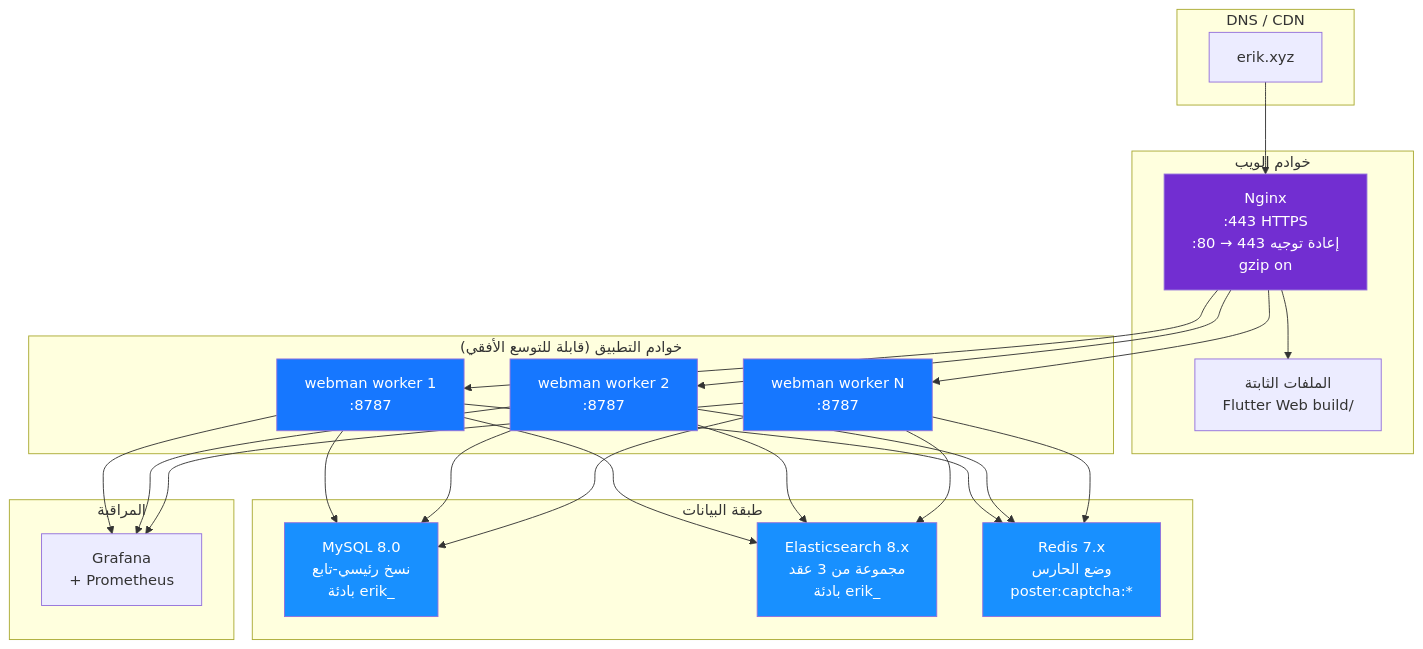
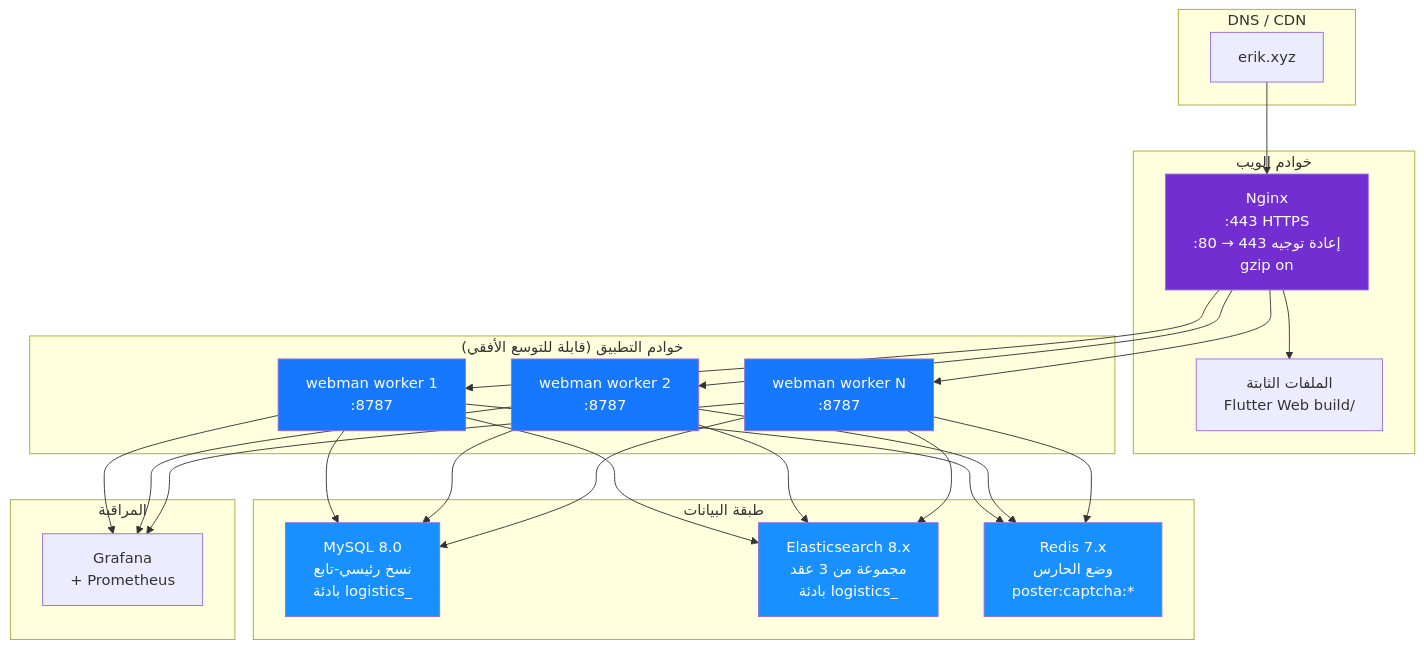
Diagram 14 of 14 in admin/docs/ARCHITECTURE.ar.md (erikwang2013/integrated-global-logistics), drawn with Mermaid before and after one commit. The commit also changed other lines of this file and 211 other files, not shown here.

````diff
--- a/admin/docs/ARCHITECTURE.ar.md
+++ b/admin/docs/ARCHITECTURE.ar.md
@@ -652,43 +652,43 @@
 ```mermaid
 flowchart TB
     subgraph "DNS / CDN"
         DNS["erik.xyz"]
     end
 
     subgraph "خوادم الويب"
         NGX["Nginx<br/>:443 HTTPS<br/>:80 → 443 إعادة توجيه<br/>gzip on"]
         STA["الملفات الثابتة<br/>Flutter Web build/"]
     end
 
     subgraph "خوادم التطبيق (قابلة للتوسع الأفقي)"
         WM1["webman worker 1<br/>:8787"]
         WM2["webman worker 2<br/>:8787"]
         WM3["webman worker N<br/>:8787"]
     end
 
     subgraph "طبقة البيانات"
-        MYSQL["MySQL 8.0<br/>نسخ رئيسي-تابع<br/>بادئة erik_"]
-        ES["Elasticsearch 8.x<br/>مجموعة من 3 عقد<br/>بادئة erik_"]
+        MYSQL["MySQL 8.0<br/>نسخ رئيسي-تابع<br/>بادئة logistics_"]
+        ES["Elasticsearch 8.x<br/>مجموعة من 3 عقد<br/>بادئة logistics_"]
         REDIS["Redis 7.x<br/>وضع الحارس<br/>poster:captcha:*"]
     end
 
     subgraph "المراقبة"
         MON["Grafana<br/>+ Prometheus"]
     end
 
     DNS --> NGX
     NGX --> STA
     NGX --> WM1 & WM2 & WM3
     WM1 & WM2 & WM3 --> MYSQL
     WM1 & WM2 & WM3 --> ES
     WM1 & WM2 & WM3 --> REDIS
     WM1 & WM2 & WM3 --> MON
 
     style NGX fill:#722ED1,color:#fff
     style WM1 fill:#1677FF,color:#fff
     style WM2 fill:#1677FF,color:#fff
     style WM3 fill:#1677FF,color:#fff
     style MYSQL fill:#1890FF,color:#fff
     style ES fill:#1890FF,color:#fff
     style REDIS fill:#1890FF,color:#fff
 ```
````
